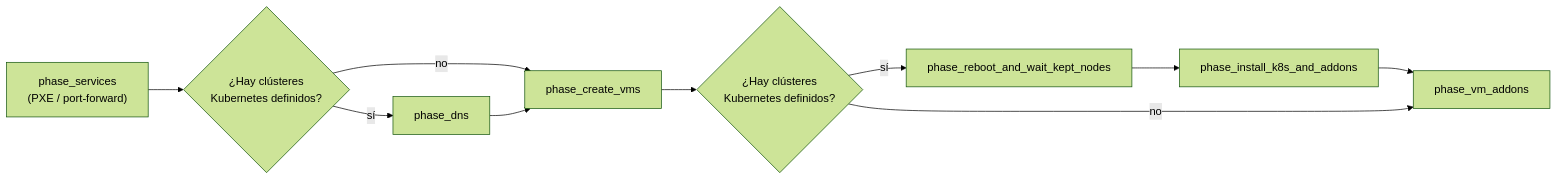
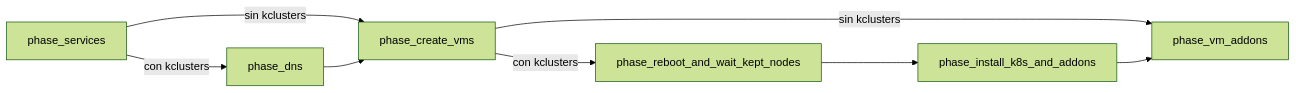
Before and after one commit to rmahique/lab-in-a-box: the second of 5 diagrams in README.es.md, drawn with Mermaid (forest theme). The commit also changed other lines of this file and 7 other files, not shown here.

````diff
--- a/README.es.md
+++ b/README.es.md
@@ -140,12 +135,10 @@
 ```mermaid
 flowchart LR
-    A["phase_services<br/>(PXE / port-forward)"] --> B{"¿Hay clústeres<br/>Kubernetes definidos?"}
-    B -- sí --> C["phase_dns"]
-    B -- no --> D["phase_create_vms"]
-    C --> D
-    D --> E{"¿Hay clústeres<br/>Kubernetes definidos?"}
-    E -- sí --> F["phase_reboot_and_wait_kept_nodes"]
+    A["phase_services"] -->|"con kclusters"| C["phase_dns"]
+    A -->|"sin kclusters"| D["phase_create_vms"]
+    C --> D["phase_create_vms"]
+    D -->|"con kclusters"| F["phase_reboot_and_wait_kept_nodes"]
+    D -->|"sin kclusters"| H["phase_vm_addons"]
     F --> G["phase_install_k8s_and_addons"]
     G --> H["phase_vm_addons"]
-    E -- no --> H
 ```
````
